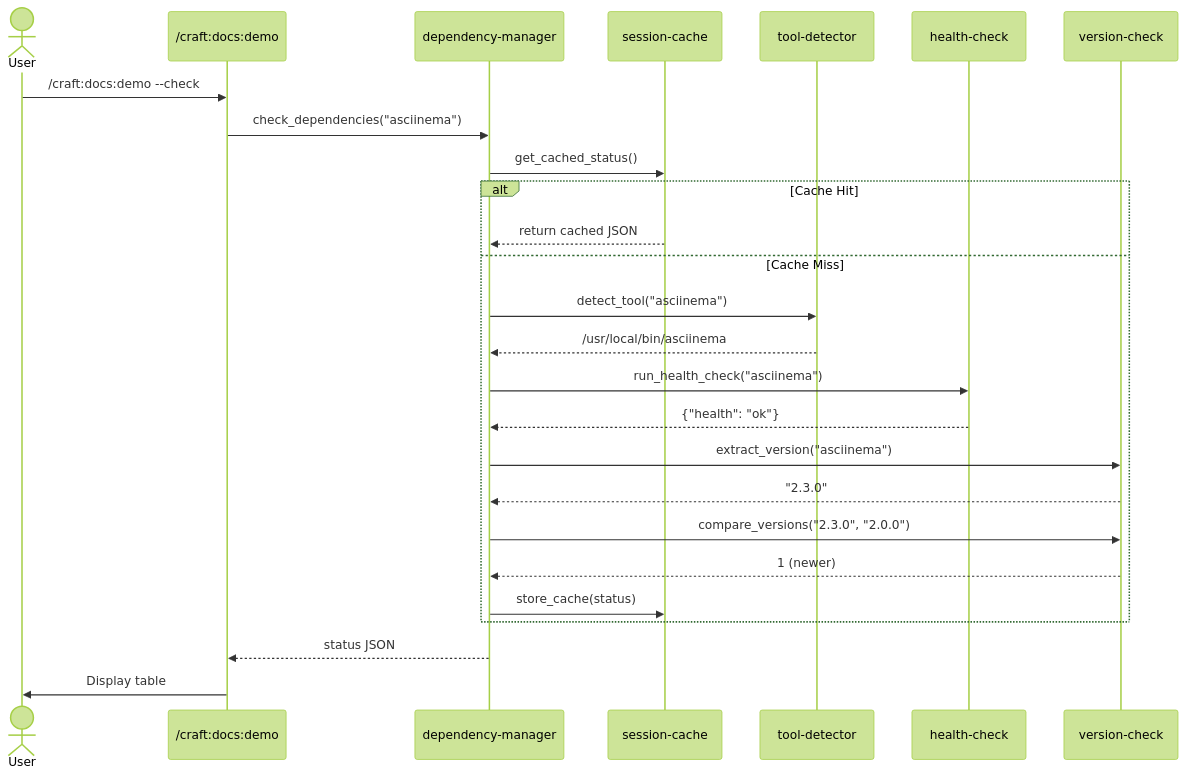
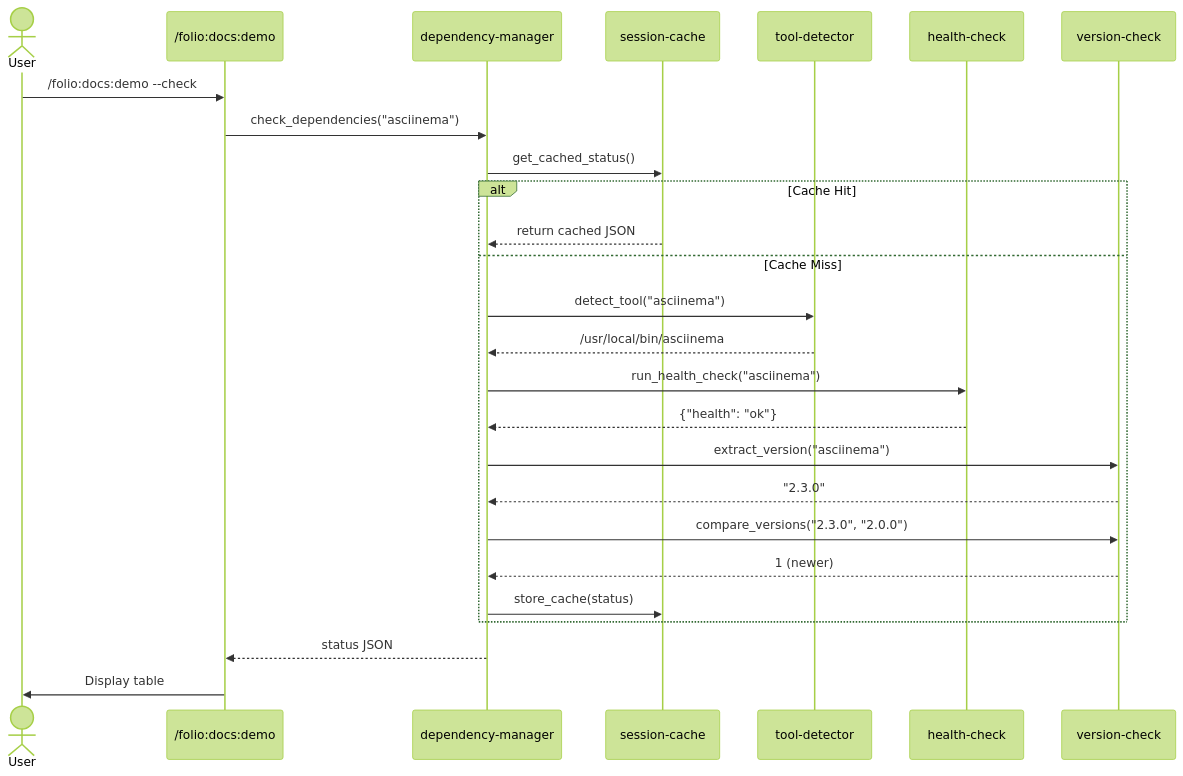
The sixth of 18 diagrams in docs/DEPENDENCY-ARCHITECTURE.md (Data-Wise/craft), drawn with Mermaid (forest theme) before and after one commit. The commit also changed other lines of this file and 64 other files, not shown here.

````diff
--- a/docs/DEPENDENCY-ARCHITECTURE.md
+++ b/docs/DEPENDENCY-ARCHITECTURE.md
@@ -274,35 +274,35 @@
 ```mermaid
 sequenceDiagram
     actor User
-    participant CLI as /craft:docs:demo
+    participant CLI as /folio:docs:demo
     participant DM as dependency-manager
     participant Cache as session-cache
     participant TD as tool-detector
     participant HC as health-check
     participant VC as version-check
 
-    User->>CLI: /craft:docs:demo --check
+    User->>CLI: /folio:docs:demo --check
     CLI->>DM: check_dependencies("asciinema")
 
     DM->>Cache: get_cached_status()
     alt Cache Hit
         Cache-->>DM: return cached JSON
     else Cache Miss
         DM->>TD: detect_tool("asciinema")
         TD-->>DM: /usr/local/bin/asciinema
 
         DM->>HC: run_health_check("asciinema")
         HC-->>DM: {"health": "ok"}
 
         DM->>VC: extract_version("asciinema")
         VC-->>DM: "2.3.0"
 
         DM->>VC: compare_versions("2.3.0", "2.0.0")
         VC-->>DM: 1 (newer)
 
         DM->>Cache: store_cache(status)
     end
 
     DM-->>CLI: status JSON
     CLI->>User: Display table
 ```
````
